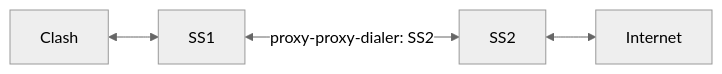
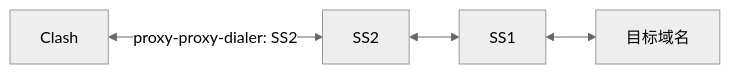
Before and after one commit to MetaCubeX/Meta-Docs: the diagram in docs/config/proxies/index.md, drawn with Mermaid (neutral theme). The commit also changed other lines of this file, not shown here.

````diff
--- a/docs/config/proxies/index.md
+++ b/docs/config/proxies/index.md
@@ -73,7 +75,7 @@
 ```mermaid
 flowchart LR
-  Clash  <--> SS1
-  SS1 <--> |proxy-proxy-dialer: SS2|SS2[SS2]
-  SS2 <--> Internet
+  Clash <--> |proxy-proxy-dialer: SS2|SS2
+  SS2 <--> SS1
+  SS1 <--> 目标域名
 
 ```
````
